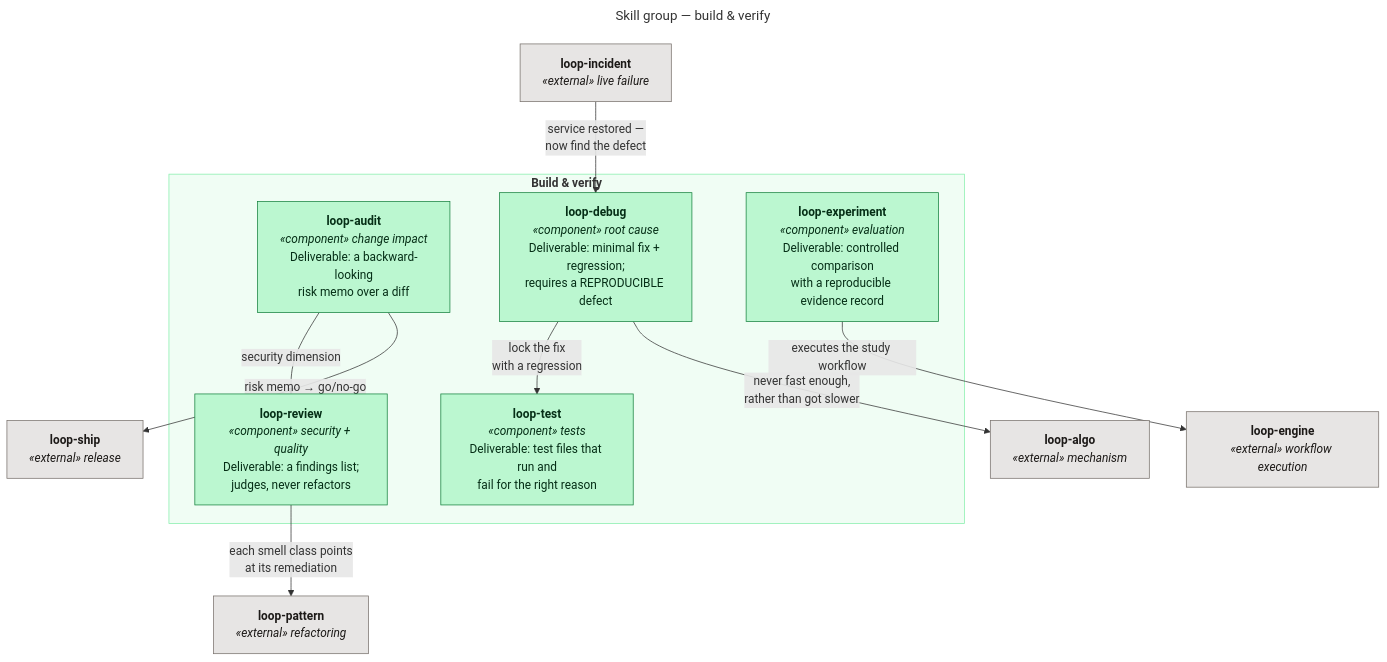
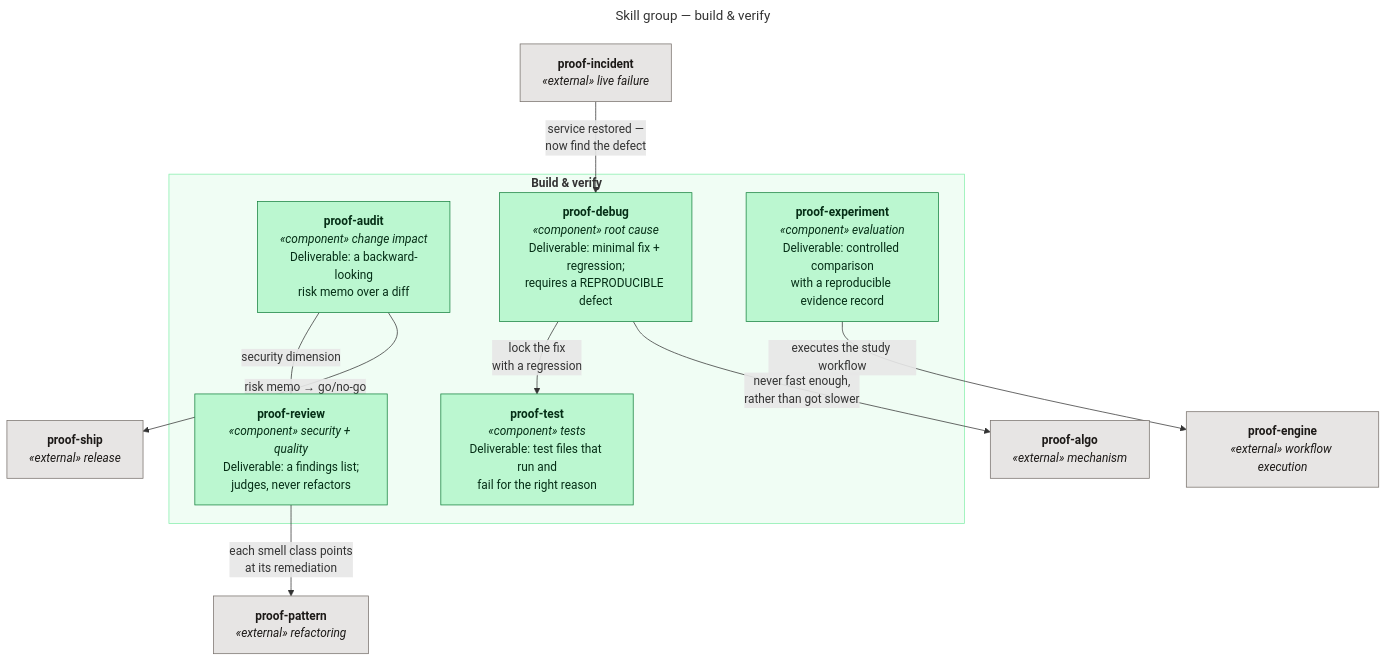
The diagram in docs/c4/diagrams/src/skills-build-verify.mmd (santapong/Proof), drawn with Mermaid before and after one commit. The commit also changed 462 other files, not shown here.

```diff
--- a/docs/c4/diagrams/src/skills-build-verify.mmd
+++ b/docs/c4/diagrams/src/skills-build-verify.mmd
@@ -1,31 +1,31 @@
 ---
 title: "Skill group — build & verify"
 ---
 flowchart TB
     subgraph g["<b>Build &amp; verify</b>"]
-        test["<b>loop-test</b><br/><i>«component» tests</i><br/>Deliverable: test files that run and<br/>fail for the right reason"]
-        rev["<b>loop-review</b><br/><i>«component» security + quality</i><br/>Deliverable: a findings list;<br/>judges, never refactors"]
-        aud["<b>loop-audit</b><br/><i>«component» change impact</i><br/>Deliverable: a backward-looking<br/>risk memo over a diff"]
-        dbg["<b>loop-debug</b><br/><i>«component» root cause</i><br/>Deliverable: minimal fix + regression;<br/>requires a REPRODUCIBLE defect"]
-        exp["<b>loop-experiment</b><br/><i>«component» evaluation</i><br/>Deliverable: controlled comparison<br/>with a reproducible evidence record"]
+        test["<b>proof-test</b><br/><i>«component» tests</i><br/>Deliverable: test files that run and<br/>fail for the right reason"]
+        rev["<b>proof-review</b><br/><i>«component» security + quality</i><br/>Deliverable: a findings list;<br/>judges, never refactors"]
+        aud["<b>proof-audit</b><br/><i>«component» change impact</i><br/>Deliverable: a backward-looking<br/>risk memo over a diff"]
+        dbg["<b>proof-debug</b><br/><i>«component» root cause</i><br/>Deliverable: minimal fix + regression;<br/>requires a REPRODUCIBLE defect"]
+        exp["<b>proof-experiment</b><br/><i>«component» evaluation</i><br/>Deliverable: controlled comparison<br/>with a reproducible evidence record"]
     end
 
-    eng["<b>loop-engine</b><br/><i>«external» workflow execution</i>"]
-    pat["<b>loop-pattern</b><br/><i>«external» refactoring</i>"]
-    ship["<b>loop-ship</b><br/><i>«external» release</i>"]
-    inc["<b>loop-incident</b><br/><i>«external» live failure</i>"]
-    algo["<b>loop-algo</b><br/><i>«external» mechanism</i>"]
+    eng["<b>proof-engine</b><br/><i>«external» workflow execution</i>"]
+    pat["<b>proof-pattern</b><br/><i>«external» refactoring</i>"]
+    ship["<b>proof-ship</b><br/><i>«external» release</i>"]
+    inc["<b>proof-incident</b><br/><i>«external» live failure</i>"]
+    algo["<b>proof-algo</b><br/><i>«external» mechanism</i>"]
 
     exp -- "executes the study workflow" --> eng
     aud -- "security dimension" --> rev
     aud -- "risk memo → go/no-go" --> ship
     rev -- "each smell class points<br/>at its remediation" --> pat
     inc -- "service restored —<br/>now find the defect" --> dbg
     dbg -- "lock the fix<br/>with a regression" --> test
     dbg -- "never fast enough,<br/>rather than got slower" --> algo
 
     classDef component fill:#BBF7D0,stroke:#15803D,color:#052E16
     classDef extc fill:#E7E5E4,stroke:#78716C,color:#1C1917
     class test,rev,aud,dbg,exp component
     class pat,ship,inc,algo,eng extc
     style g fill:#F0FDF4,stroke:#86EFAC
```
